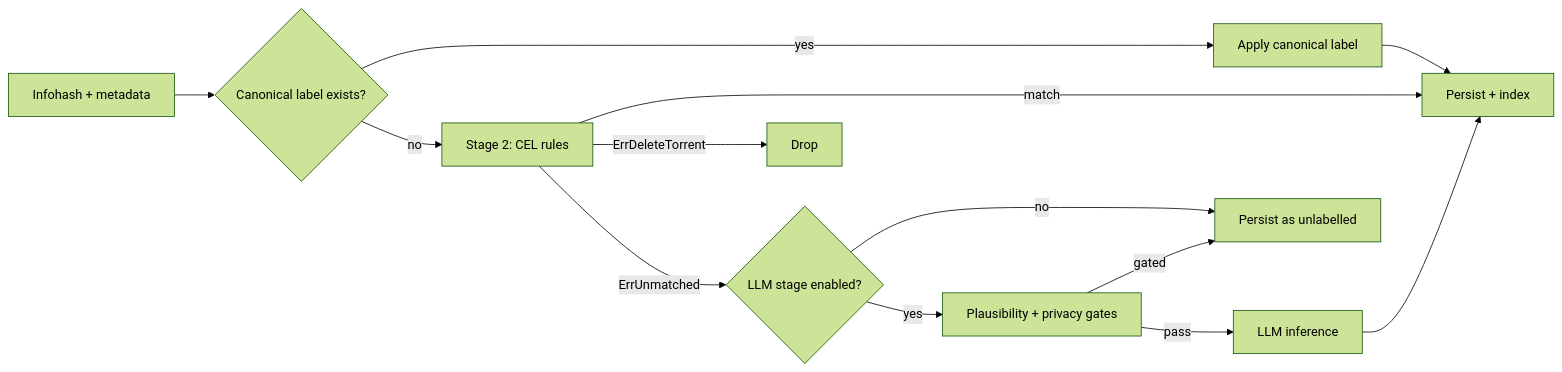
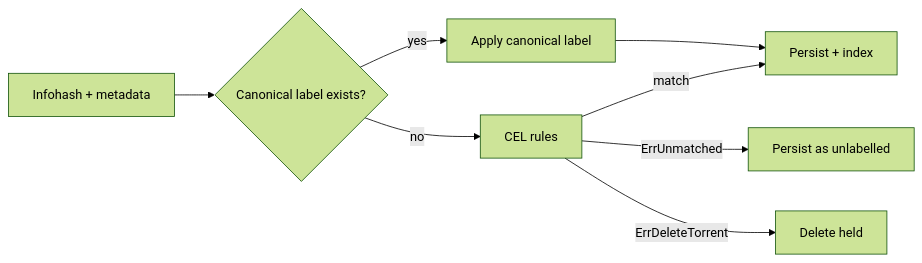
One commit to spencernorton/DH-Waypoint changed the diagram in docs/concepts/classification.md. Above: the diagram before and after it, drawn with Mermaid (forest theme). The commit also changed other lines of this file and 40 other files, not shown here.

````diff
--- a/docs/concepts/classification.md
+++ b/docs/concepts/classification.md
@@ -7,13 +13,9 @@
 ```mermaid
 flowchart LR
   IN[Infohash + metadata] --> P{Canonical label exists?}
   P -- yes --> APPLY[Apply canonical label] --> OUT[Persist + index]
-  P -- no --> CEL[Stage 2: CEL rules]
+  P -- no --> CEL[CEL rules]
   CEL -->|match| OUT
-  CEL -->|ErrDeleteTorrent| DROP[Drop]
-  CEL -->|ErrUnmatched| LLM{LLM stage enabled?}
-  LLM -- no --> UNLBL[Persist as unlabelled]
-  LLM -- yes --> GATES[Plausibility + privacy gates]
-  GATES -->|gated| UNLBL
-  GATES -->|pass| INFER[LLM inference] --> OUT
+  CEL -->|ErrUnmatched| UNLBL[Persist as unlabelled]
+  CEL -->|ErrDeleteTorrent| HOLD[Delete held]
 ```
````
